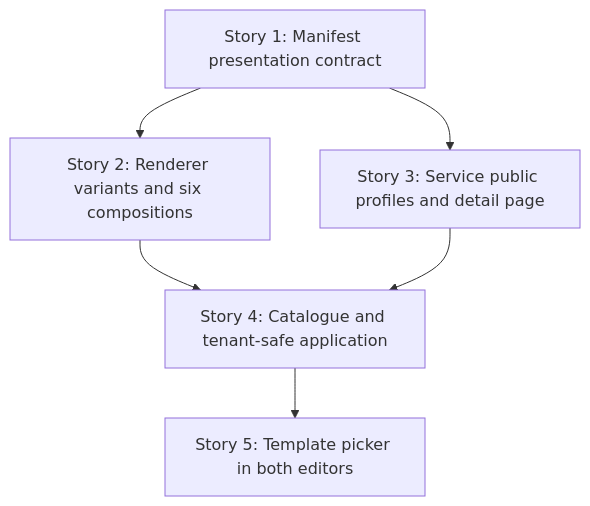
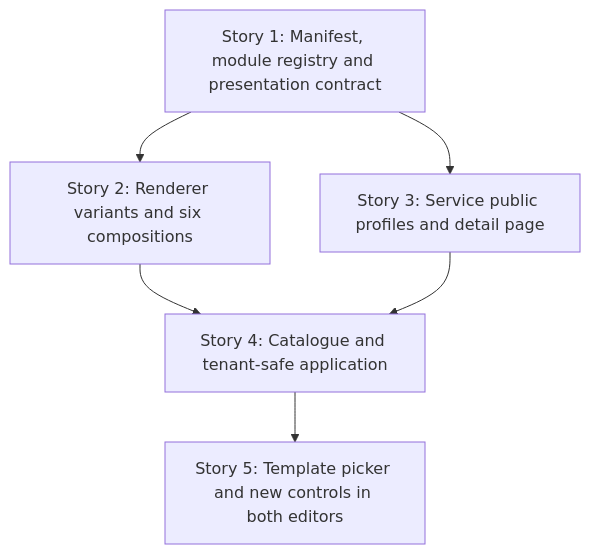
One commit to lmmoreira/ikaro changed the diagram in td/TD56-HOTSITE-TEMPLATE-CATALOG-AND-SERVICE-PAGES.md. Above: the diagram before and after it, drawn with Mermaid. The commit also changed other lines of this file, not shown here.

````diff
--- a/td/TD56-HOTSITE-TEMPLATE-CATALOG-AND-SERVICE-PAGES.md
+++ b/td/TD56-HOTSITE-TEMPLATE-CATALOG-AND-SERVICE-PAGES.md
@@ -40,8 +53,8 @@
 ```mermaid
 graph TD
-  S1["Story 1: Manifest presentation contract"] --> S2["Story 2: Renderer variants and six compositions"]
+  S1["Story 1: Manifest, module registry and presentation contract"] --> S2["Story 2: Renderer variants and six compositions"]
   S1 --> S3["Story 3: Service public profiles and detail page"]
   S2 --> S4["Story 4: Catalogue and tenant-safe application"]
   S3 --> S4
-  S4 --> S5["Story 5: Template picker in both editors"]
+  S4 --> S5["Story 5: Template picker and new controls in both editors"]
 ```
````
